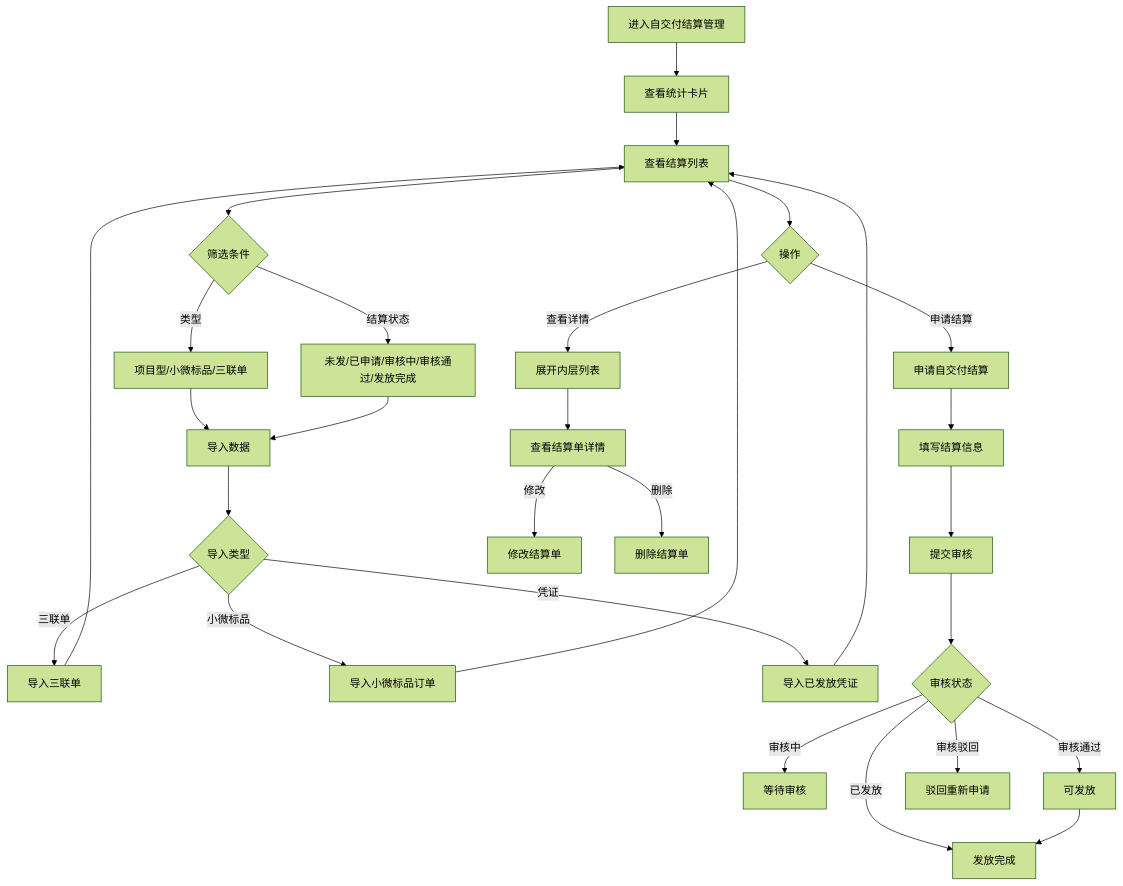
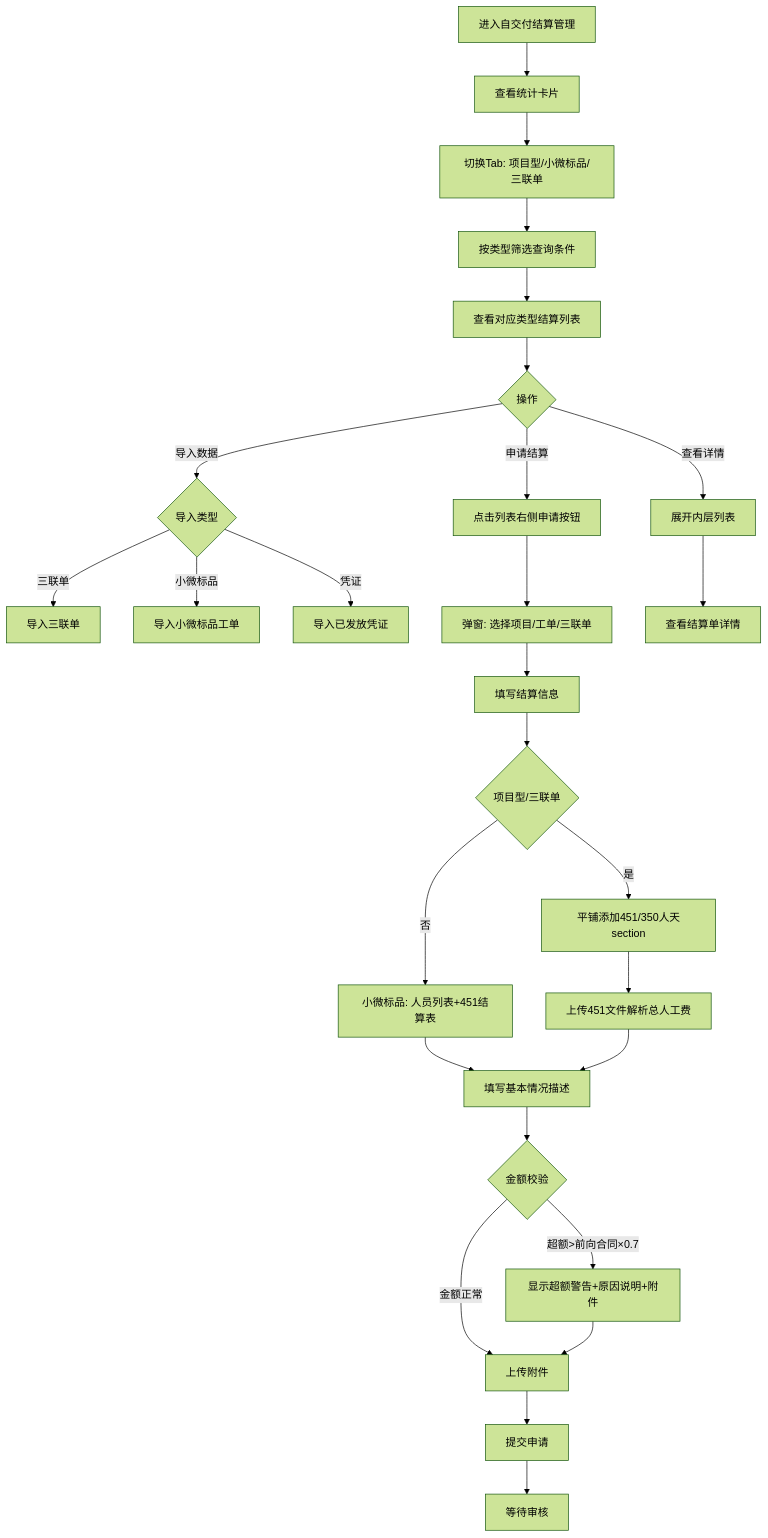
One commit to cuiweihaoxuan-eng/lto changed the diagram in public/prd/_routes/_self-delivery-settlement.md. Above: the diagram before and after it, drawn with Mermaid (forest theme). The commit also changed other lines of this file and 12 other files, not shown here.

````diff
--- a/public/prd/_routes/_self-delivery-settlement.md
+++ b/public/prd/_routes/_self-delivery-settlement.md
@@ -64,31 +72,29 @@
 ```mermaid
 graph TD
     A[进入自交付结算管理] --> B[查看统计卡片]
-    B --> C[查看结算列表]
-    C --> D{筛选条件}
-    D -->|类型| E[项目型/小微标品/三联单]
-    D -->|结算状态| F[未发/已申请/审核中/审核通过/发放完成]
-    E --> G[导入数据]
-    F --> G
-    G --> H{导入类型}
-    H -->|三联单| I[导入三联单]
-    H -->|小微标品| J[导入小微标品订单]
-    H -->|凭证| K[导入已发放凭证]
-    I --> C
-    J --> C
-    K --> C
-    C --> L{操作}
-    L -->|申请结算| M[申请自交付结算]
-    L -->|查看详情| N[展开内层列表]
-    M --> O[填写结算信息]
-    O --> P[提交审核]
-    P --> Q{审核状态}
-    Q -->|审核中| R[等待审核]
-    Q -->|审核通过| S[可发放]
-    Q -->|审核驳回| T[驳回重新申请]
-    Q -->|已发放| U[发放完成]
-    N --> V[查看结算单详情]
-    V -->|修改| W[修改结算单]
-    V -->|删除| X[删除结算单]
-    S --> U
+    B --> C[切换Tab: 项目型/小微标品/三联单]
+    C --> D[按类型筛选查询条件]
+    D --> E[查看对应类型结算列表]
+    E --> F{操作}
+    F -->|导入数据| G{导入类型}
+    F -->|申请结算| H[点击列表右侧申请按钮]
+    F -->|查看详情| I[展开内层列表]
+    G -->|三联单| J1[导入三联单]
+    G -->|小微标品| J2[导入小微标品工单]
+    G -->|凭证| J3[导入已发放凭证]
+    H --> K[弹窗: 选择项目/工单/三联单]
+    K --> L[填写结算信息]
+    L --> L1{项目型/三联单}
+    L1 -->|是| L2[平铺添加451/350人天section]
+    L1 -->|否| L3[小微标品: 人员列表+451结算表]
+    L2 --> M[上传451文件解析总人工费]
+    L3 --> N[填写基本情况描述]
+    M --> N
+    N --> O{金额校验}
+    O -->|超额>前向合同×0.7| P[显示超额警告+原因说明+附件]
+    O -->|金额正常| Q[上传附件]
+    P --> Q
+    Q --> R[提交申请]
+    R --> S[等待审核]
+    I --> T[查看结算单详情]
 ```
````
